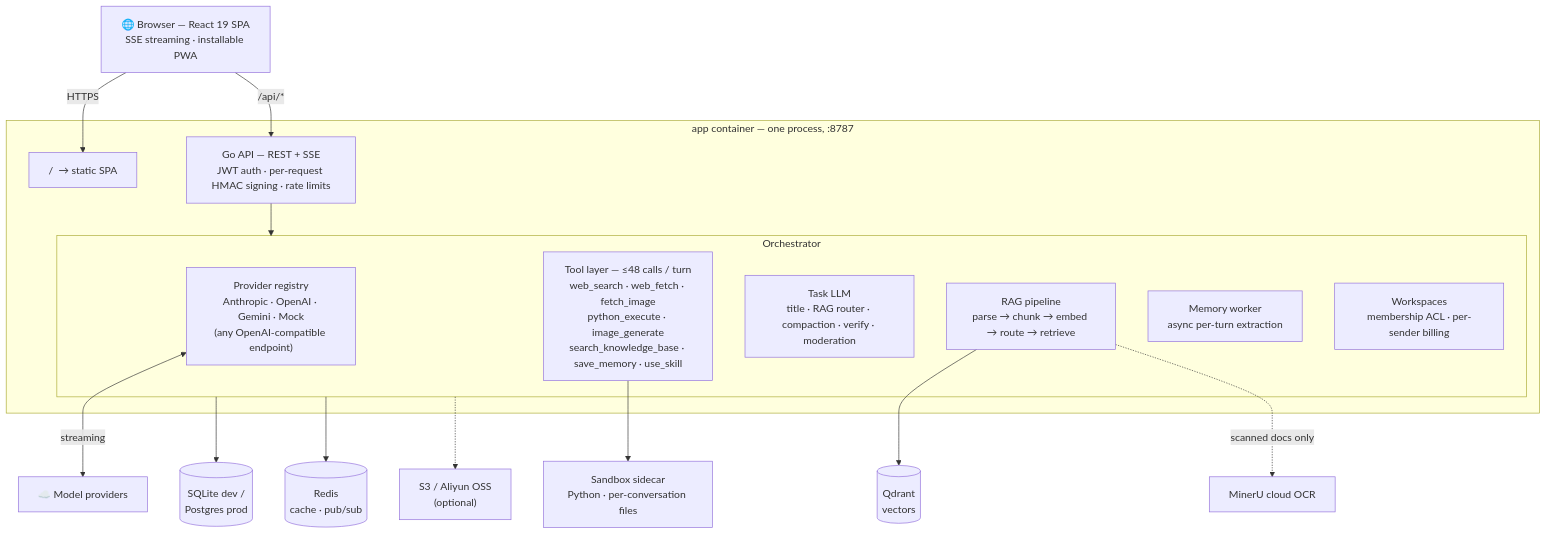
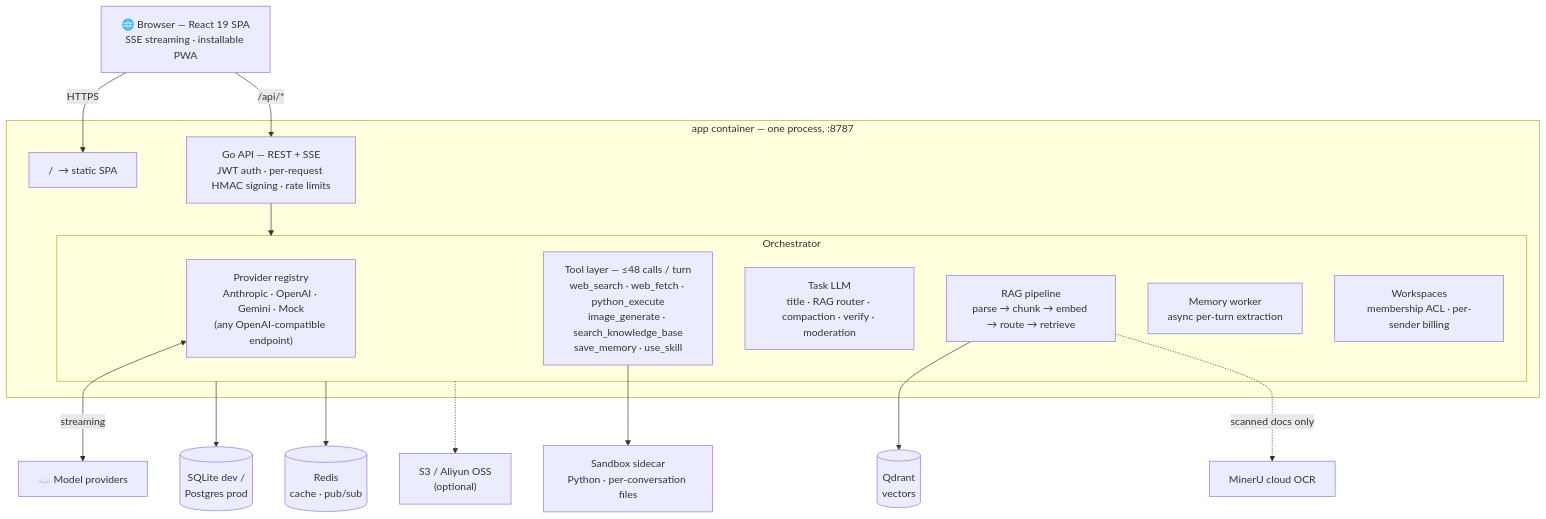
One commit to hjxwz123/Aurelia changed the diagram in README.md. Above: the diagram before and after it, drawn with Mermaid. The commit also changed other lines of this file and 62 other files, not shown here.

````diff
--- a/README.md
+++ b/README.md
@@ -255,30 +255,30 @@
 ```mermaid
 graph TB
     B["🌐 Browser — React 19 SPA<br/>SSE streaming · installable PWA"]
 
     subgraph APP["app container — one process, :8787"]
         SPA["/ &nbsp;→ static SPA"]
         API["Go API — REST + SSE<br/>JWT auth · per-request HMAC signing · rate limits"]
         subgraph ORCH["Orchestrator"]
             PROV["Provider registry<br/>Anthropic · OpenAI · Gemini · Mock<br/>(any OpenAI-compatible endpoint)"]
-            TOOLS["Tool layer — ≤48 calls / turn<br/>web_search · web_fetch · fetch_image<br/>python_execute · image_generate<br/>search_knowledge_base · save_memory · use_skill"]
+            TOOLS["Tool layer — ≤48 calls / turn<br/>web_search · web_fetch · python_execute<br/>image_generate · search_knowledge_base<br/>save_memory · use_skill"]
             TASK["Task LLM<br/>title · RAG router · compaction · verify · moderation"]
             RAGP["RAG pipeline<br/>parse → chunk → embed → route → retrieve"]
             MEMW["Memory worker<br/>async per-turn extraction"]
             WS["Workspaces<br/>membership ACL · per-sender billing"]
         end
     end
 
     B -->|HTTPS| SPA
     B -->|"/api/*"| API
     API --> ORCH
 
     PROV <-->|streaming| LLM["☁️ Model providers"]
     TOOLS --> SBX["Sandbox sidecar<br/>Python · per-conversation files"]
     RAGP --> QD[("Qdrant<br/>vectors")]
     RAGP -.->|"scanned docs only"| MRU["MinerU cloud OCR"]
 
     ORCH --> DB[("SQLite dev /<br/>Postgres prod")]
     ORCH --> RDS[("Redis<br/>cache · pub/sub")]
     ORCH -.-> OBJ["S3 / Aliyun OSS<br/>(optional)"]
 ```
````
